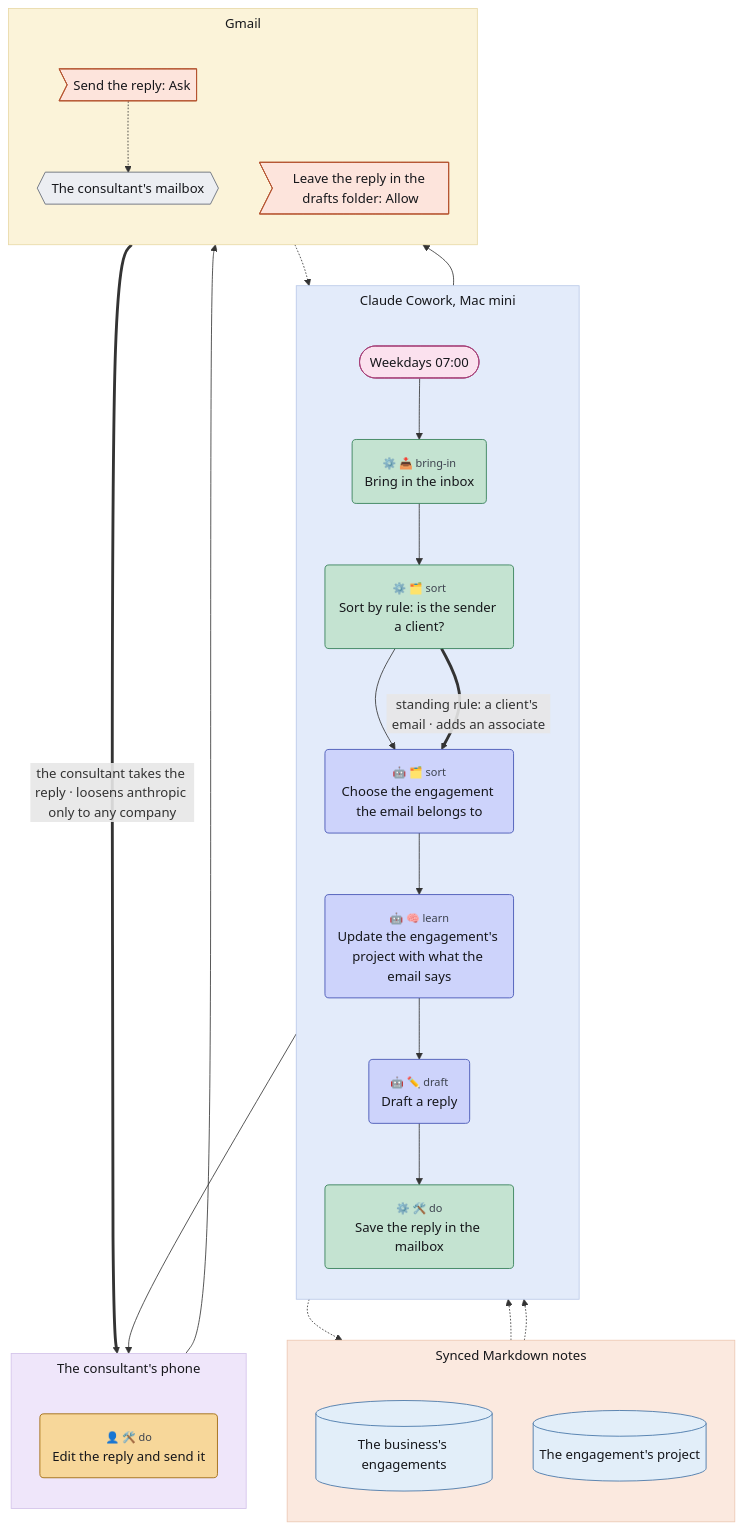
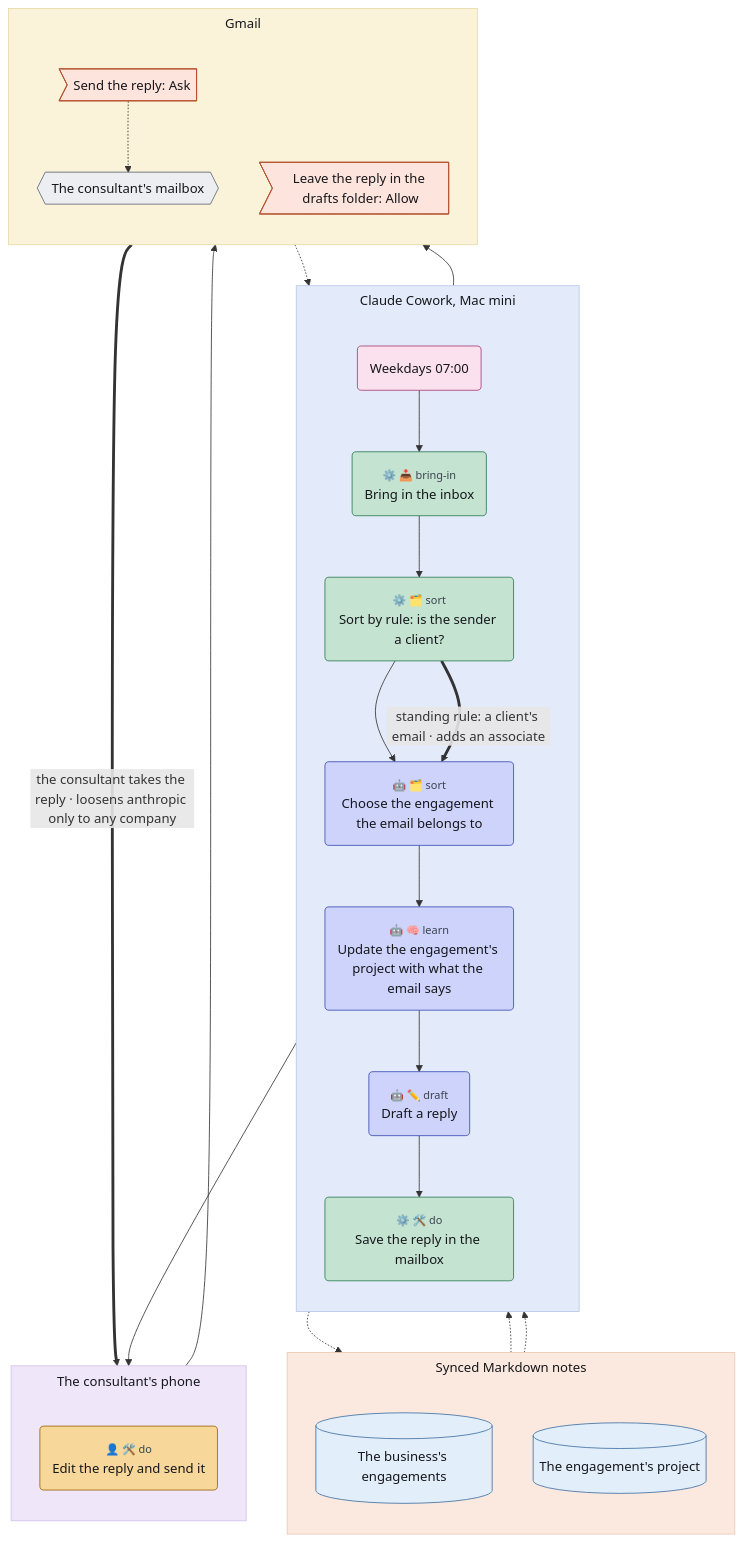
Before and after one commit to chrismdp/awml: the diagram in plugins/awml/skills/awml/references/examples/client-email-office.mmd, drawn with Mermaid. The commit also changed 91 other files, not shown here.

```diff
--- a/plugins/awml/skills/awml/references/examples/client-email-office.mmd
+++ b/plugins/awml/skills/awml/references/examples/client-email-office.mmd
@@ -1,73 +1,73 @@
 ---
 config:
   theme: default
   fontFamily: Inter, sans-serif
   flowchart:
     useMaxWidth: false
     subGraphTitleMargin:
       top: 6
       bottom: 30
 ---
 flowchart TB
   subgraph cowork["Claude Cowork#44; Mac mini"]
     direction TB
-    weekdays(["Weekdays 07#58;00"])
+    weekdays("Weekdays 07#58;00")
     bring("<small style='color:rgb(61,67,79)'>⚙️ 📥 bring-in</small><br>Bring in the inbox")
     rules("<small style='color:rgb(61,67,79)'>⚙️ 🗂️ sort</small><br>Sort by rule#58; is the sender a client#63;")
     choose("<small style='color:rgb(61,67,79)'>🤖 🗂️ sort</small><br>Choose the engagement the email belongs to")
     learn("<small style='color:rgb(61,67,79)'>🤖 🧠 learn</small><br>Update the engagement#39;s project with what the email says")
     draft("<small style='color:rgb(61,67,79)'>🤖 ✏️ draft</small><br>Draft a reply")
     save("<small style='color:rgb(61,67,79)'>⚙️ 🛠️ do</small><br>Save the reply in the mailbox")
   end
   subgraph files["Synced Markdown notes"]
     direction TB
     engagements[("The business#39;s engagements")]
     project[("The engagement#39;s project")]
   end
   subgraph phone["The consultant#39;s phone"]
     direction TB
     edit("<small style='color:rgb(61,67,79)'>👤 🛠️ do</small><br>Edit the reply and send it")
   end
   subgraph gmail["Gmail"]
     direction TB
     mailbox{{"The consultant#39;s mailbox"}}
     saved>"Leave the reply in the drafts folder#58; Allow"]
     send>"Send the reply#58; Ask"]
   end
 
   weekdays --> bring
   mailbox -.-> bring
   bring --> rules
   rules --> choose
   rules ==>|"standing rule#58; a client#39;s email · adds an associate"| choose
   engagements -.-> choose
   choose --> learn
   learn -.-> project
   learn --> draft
   project -.-> draft
   draft --> save
   save --> saved
   save --> edit
   saved ==>|"the consultant takes the reply · loosens anthropic only to any company"| edit
   edit --> send
   send -.-> mailbox
   classDef trig fill:#fbe1ee,stroke:#a33a74,color:#16171b
   classDef ctx fill:#e2eef9,stroke:#3d6fa3,color:#16171b
   classDef con fill:#eceef2,stroke:#5d6472,color:#16171b
   classDef surf fill:#ffffff,stroke:#2a2d35,stroke-width:1.5px,color:#16171b
   classDef out fill:#fde4dc,stroke:#b5532f,color:#16171b
   classDef ai fill:#cdd3fb,stroke:#3b4bb0,color:#16171b
   classDef code fill:#c4e3d1,stroke:#2b7a4f,color:#16171b
   classDef person fill:#f7d79a,stroke:#9a6100,color:#16171b
   classDef gap fill:#ffffff,stroke:#8a93a3,stroke-dasharray:4 3,color:#6b7280
   class weekdays trig
   class engagements,project ctx
   class mailbox con
   class saved,send out
   class choose,learn,draft ai
   class bring,rules,save code
   class edit person
   style cowork fill:#e3ebfa,stroke:#b9c8e8,color:#16171b
   style files fill:#fbe9df,stroke:#ecc7b2,color:#16171b
   style phone fill:#efe6fa,stroke:#d3c2ea,color:#16171b
   style gmail fill:#fbf3d9,stroke:#e8d9a6,color:#16171b
```
